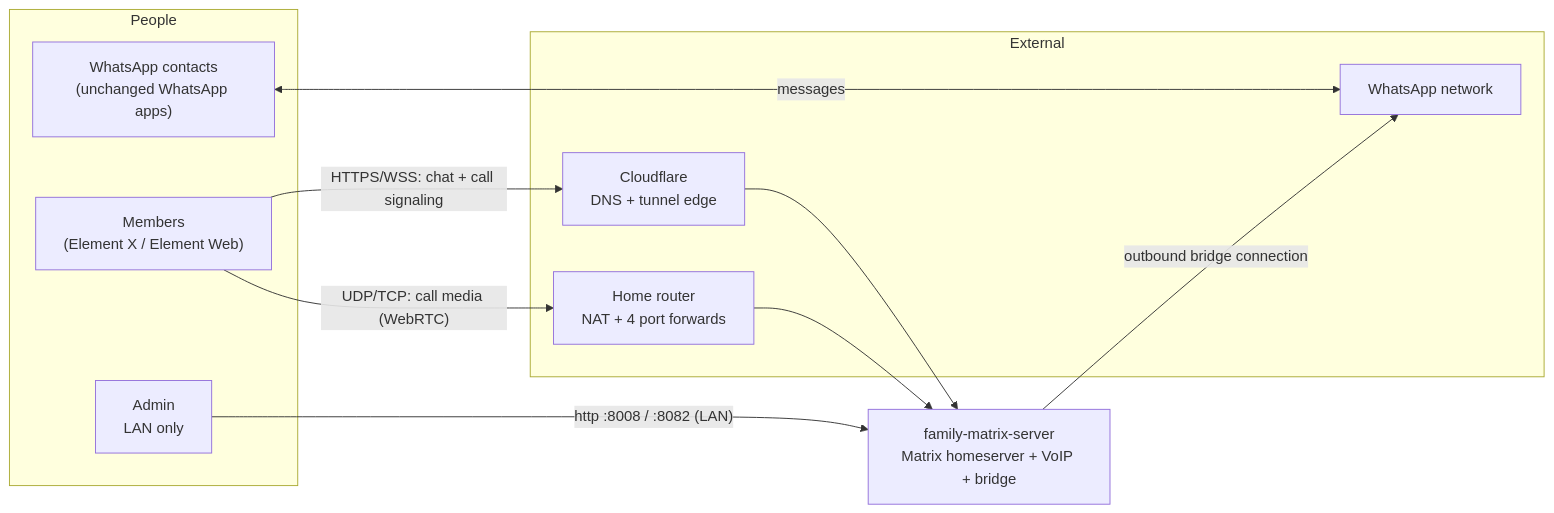
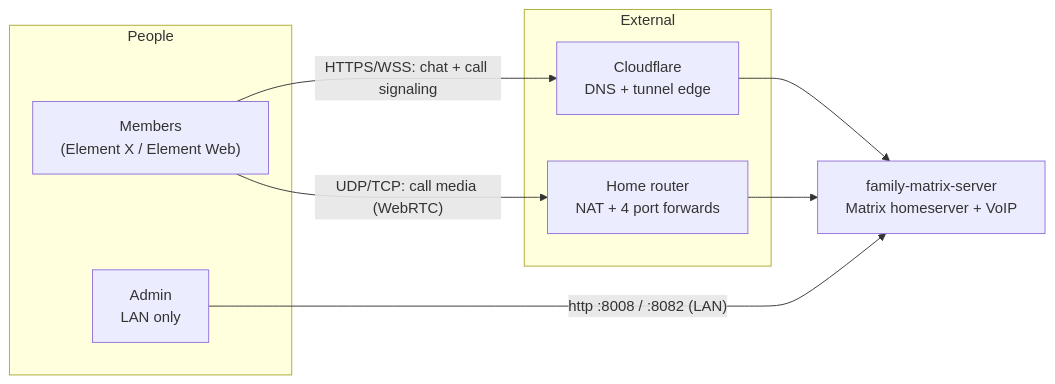
Before and after one commit to sam-fakhreddine/family-matrix-server: the first of 2 diagrams in ARCHITECTURE.md, drawn with Mermaid. The commit also changed other lines of this file and 7 other files, not shown here.

First line of the commit message:
Remove the WhatsApp bridge module

````diff
--- a/ARCHITECTURE.md
+++ b/ARCHITECTURE.md
@@ -11,22 +11,18 @@
 ```mermaid
 flowchart LR
     subgraph People
         FAM["Members<br/>(Element X / Element Web)"]
-        WAC["WhatsApp contacts<br/>(unchanged WhatsApp apps)"]
         ADMIN["Admin<br/>LAN only"]
     end
 
     subgraph External
         CF["Cloudflare<br/>DNS + tunnel edge"]
-        WA["WhatsApp network"]
         RTR["Home router<br/>NAT + 4 port forwards"]
     end
 
-    STACK["family-matrix-server<br/>Matrix homeserver + VoIP + bridge"]
+    STACK["family-matrix-server<br/>Matrix homeserver + VoIP"]
 
     FAM -- "HTTPS/WSS: chat + call signaling" --> CF --> STACK
     FAM -- "UDP/TCP: call media (WebRTC)" --> RTR --> STACK
-    WAC <-- "messages" --> WA
-    STACK -- "outbound bridge connection" --> WA
     ADMIN -- "http :8008 / :8082 (LAN)" --> STACK
 ```
````
